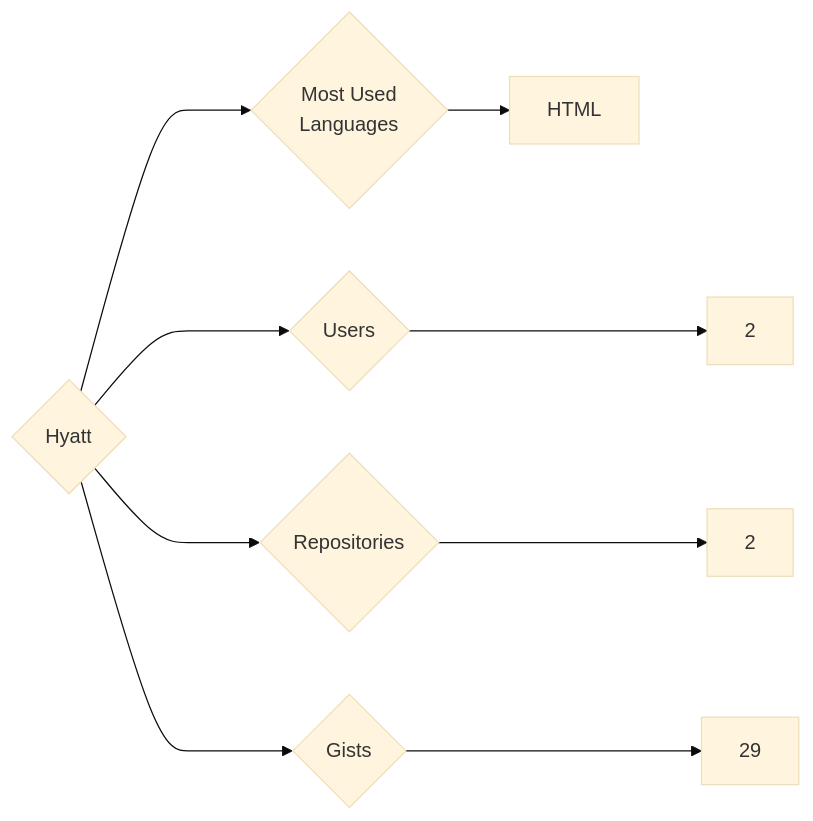
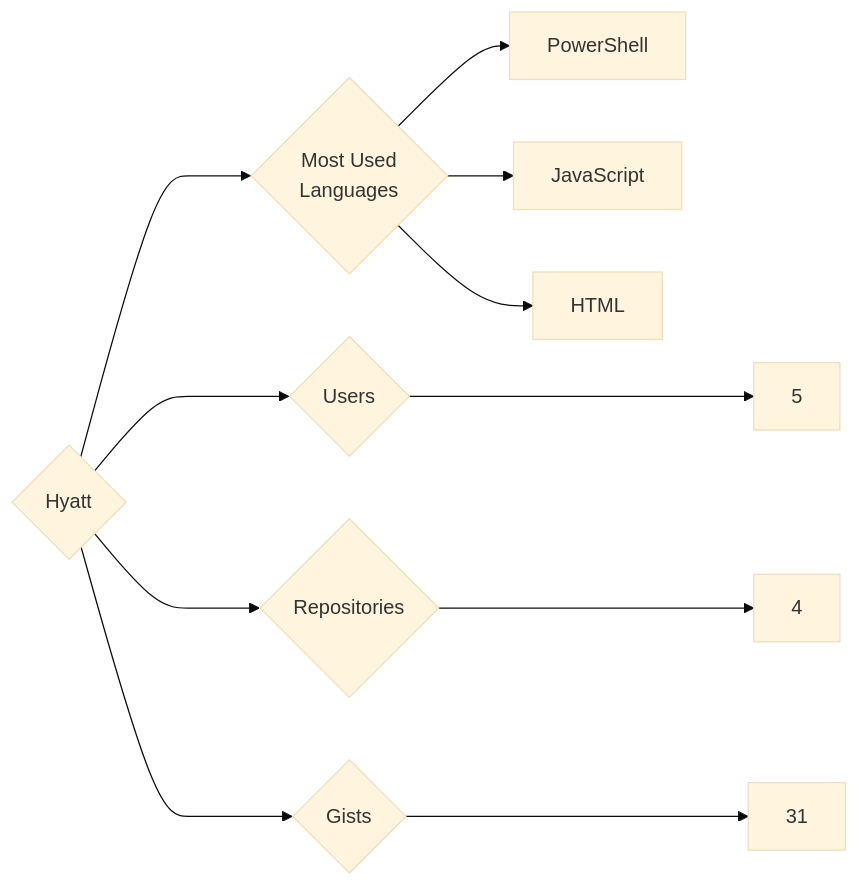
The diagram in targets/Hyatt/README.md (trickest/insiders), drawn with Mermaid (base theme) before and after one commit. The commit also changed 724 other files, not shown here.

````diff
--- a/targets/Hyatt/README.md
+++ b/targets/Hyatt/README.md
@@ -3,9 +3,11 @@
 ```mermaid
 graph LR
 COMPANY_NAME{Hyatt}
-COMPANY_NAME ---> U{Users} ---> UN[2]
-COMPANY_NAME ---> R{Repositories} ---> RN[2]
-COMPANY_NAME ---> G{Gists} ---> GN[29]
+COMPANY_NAME ---> U{Users} ---> UN[5]
+COMPANY_NAME ---> R{Repositories} ---> RN[4]
+COMPANY_NAME ---> G{Gists} ---> GN[31]
 COMPANY_NAME ---> ML{Most Used<br>Languages}
+ML --> PowerShell[PowerShell]
+ML --> JavaScript[JavaScript]
 ML --> HTML[HTML]
 ```
````
